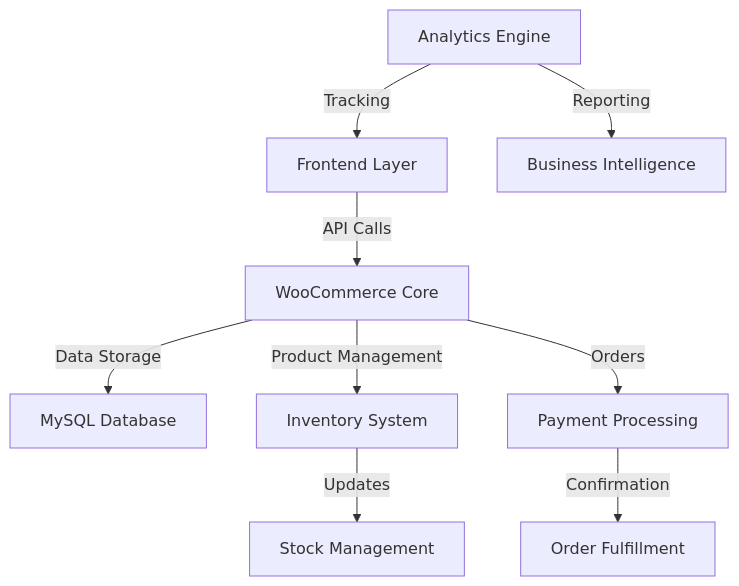
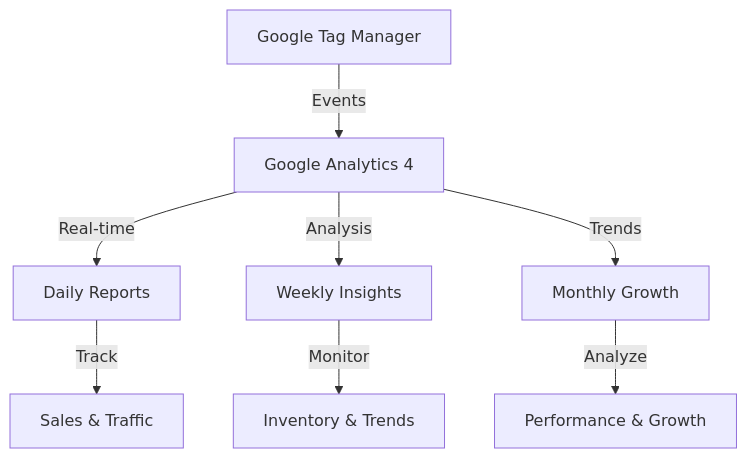
One commit to pavankakarrot/my-portfolio-website changed the fifth of 6 diagrams in content/projects/woocommerce/Index.md. Above: the diagram before and after it, drawn with Mermaid. The commit also changed other lines of this file, not shown here.

````diff
--- a/content/projects/woocommerce/Index.md
+++ b/content/projects/woocommerce/Index.md
@@ -122,11 +301,11 @@
-```mermaid
-graph TD
-    A[Frontend Layer] -->|API Calls| B[WooCommerce Core]
-    B -->|Data Storage| C[MySQL Database]
-    B -->|Product Management| D[Inventory System]
-    B -->|Orders| E[Payment Processing]
-    D -->|Updates| F[Stock Management]
-    E -->|Confirmation| G[Order Fulfillment]
-    H[Analytics Engine] -->|Tracking| A
-    H -->|Reporting| I[Business Intelligence]
-```
+  ```mermaid
+  graph TD
+    A[Google Tag Manager] -->|Events| B[Google Analytics 4]
+    B -->|Real-time| C[Daily Reports]
+    B -->|Analysis| D[Weekly Insights]
+    B -->|Trends| E[Monthly Growth]
+    
+    C -->|Track| F[Sales & Traffic]
+    D -->|Monitor| G[Inventory & Trends]
+    E -->|Analyze| H[Performance & Growth]
+    ```
````
